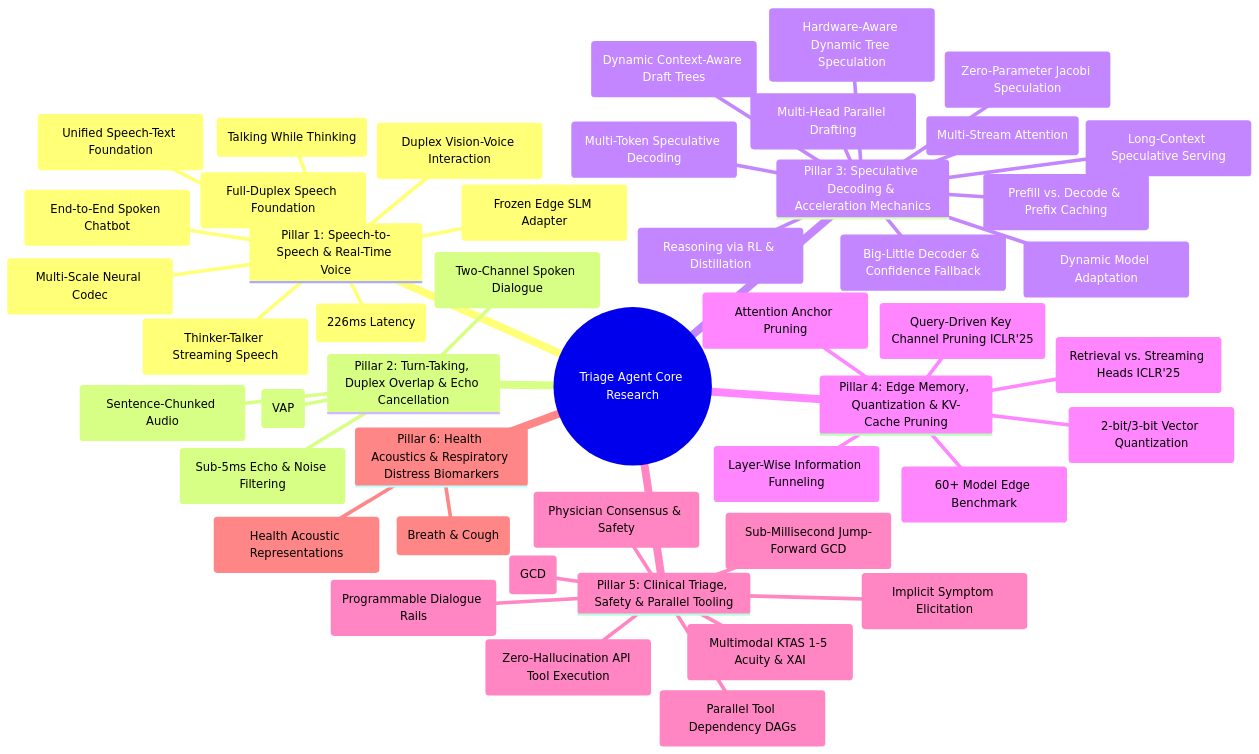
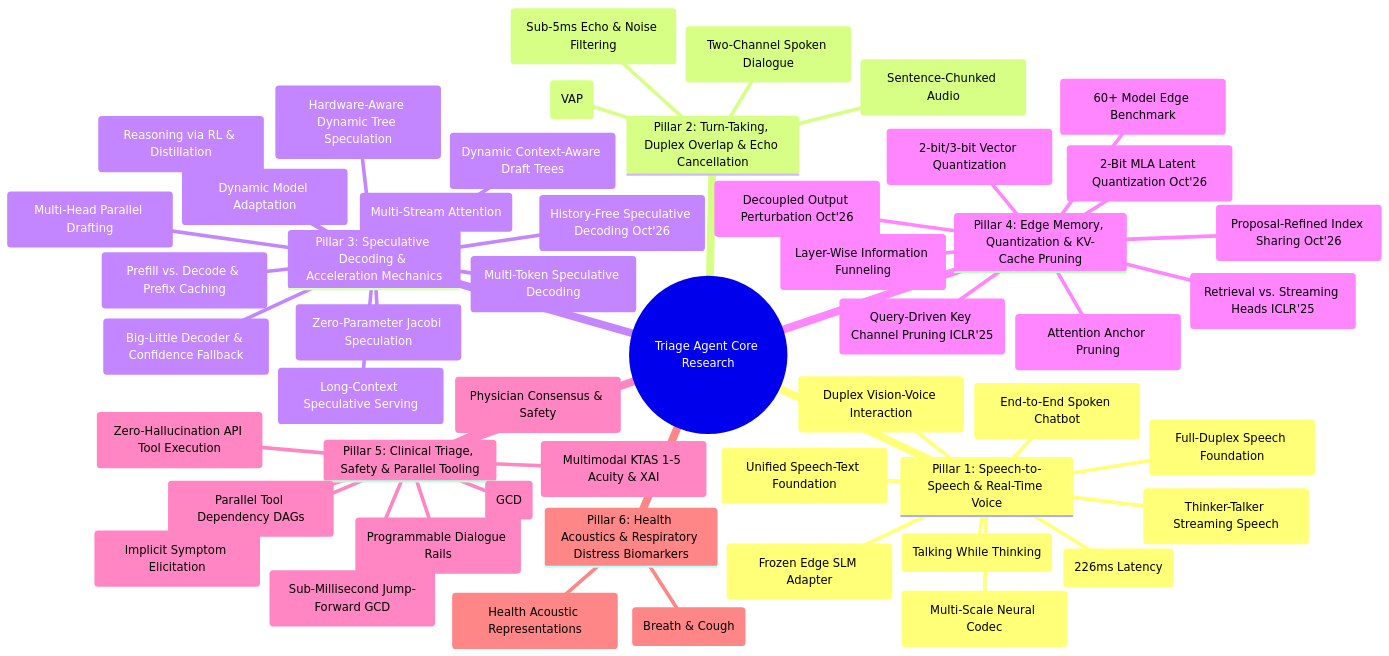
Before and after one commit to albinpshaji/Mini-project: the diagram in literature_impact_report.md, drawn with Mermaid. The commit also changed other lines of this file and 1 other file, not shown here.

Commit message:
docs(research): expand corpus to 44 papers with October 2026 breakthroughs: DropKV, DLite, Prism Attention, and RoLaQ

````diff
--- a/literature_impact_report.md
+++ b/literature_impact_report.md
@@ -14,50 +14,54 @@
 ```mermaid
 mindmap
   root((Triage Agent Core Research))
     Pillar 1: Speech-to-Speech & Real-Time Voice
       Mini-Omni (Talking While Thinking)
       LLaMA-Omni (226ms Latency)
       Moshi (Full-Duplex Speech Foundation)
       Freeze-Omni (Frozen Edge SLM Adapter)
       SNAC (Multi-Scale Neural Codec)
       Mini-Omni2 (Duplex Vision-Voice Interaction)
       AudioPaLM (Unified Speech-Text Foundation)
       GLM-4-Voice (End-to-End Spoken Chatbot)
       Qwen-Omni (Thinker-Talker Streaming Speech)
     Pillar 2: Turn-Taking, Duplex Overlap & Echo Cancellation
       Voice Activity Projection (VAP)
       DeepFilterNet (Sub-5ms Echo & Noise Filtering)
       NVIDIA Incremental TTS (Sentence-Chunked Audio)
       Meta dGSLM (Two-Channel Spoken Dialogue)
     Pillar 3: Speculative Decoding & Acceleration Mechanics
       EAGLE-2 (Dynamic Context-Aware Draft Trees)
       Lookahead Decoding (Zero-Parameter Jacobi Speculation)
       Apple Speculative Streaming (Multi-Stream Attention)
       ASPLOS'25 NPU (Prefill vs. Decode & Prefix Caching)
       Medusa (Multi-Head Parallel Drafting)
       Sequoia (Hardware-Aware Dynamic Tree Speculation)
       MagicDec (Long-Context Speculative Serving)
       BiLD (Big-Little Decoder & Confidence Fallback)
       Online Speculative Decoding (Dynamic Model Adaptation)
       DeepSeek-V3 MTP (Multi-Token Speculative Decoding)
       DeepSeek-R1 (Reasoning via RL & Distillation)
+      DLite (History-Free Speculative Decoding Oct'26)
     Pillar 4: Edge Memory, Quantization & KV-Cache Pruning
       SnapKV (Attention Anchor Pruning)
       KVQuant (2-bit/3-bit Vector Quantization)
       ACL'25 Demystifying SLMs (60+ Model Edge Benchmark)
       DuoAttention (Retrieval vs. Streaming Heads ICLR'25)
       PyramidKV (Layer-Wise Information Funneling)
       ThinK (Query-Driven Key Channel Pruning ICLR'25)
+      DropKV (Decoupled Output Perturbation Oct'26)
+      Prism Attention (Proposal-Refined Index Sharing Oct'26)
+      RoLaQ (2-Bit MLA Latent Quantization Oct'26)
     Pillar 5: Clinical Triage, Safety & Parallel Tooling
       LLMCompiler (Parallel Tool Dependency DAGs)
       Gorilla (Zero-Hallucination API Tool Execution)
       EMNLP'23 Grammar-Constrained Decoding (GCD)
       Aston ACM'24 (Multimodal KTAS 1-5 Acuity & XAI)
       ACL'18 Automatic Diagnosis (Implicit Symptom Elicitation)
       NVIDIA NeMo Guardrails (Programmable Dialogue Rails)
       Google Med-PaLM 2 (Physician Consensus & Safety)
       XGrammar (Sub-Millisecond Jump-Forward GCD)
     Pillar 6: Health Acoustics & Respiratory Distress Biomarkers
       Google HeAR (Health Acoustic Representations)
       End-to-End Respiratory Sound Detection (Breath & Cough)
 ```
````
